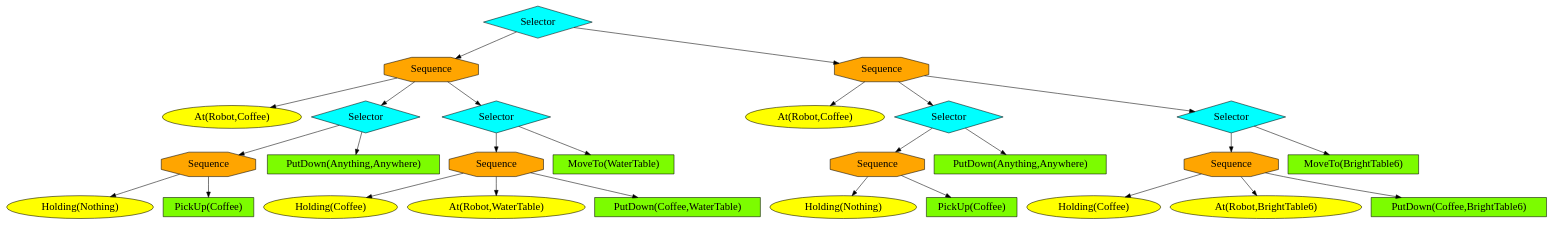
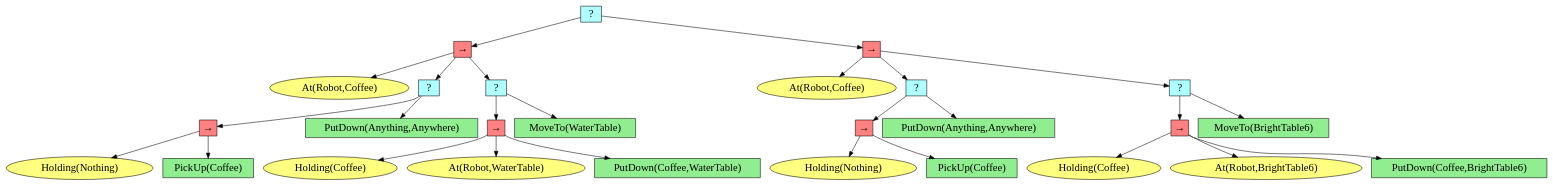
Before and after one commit to HPCL-EI/RoboWaiter: the diagram in robowaiter/utils/draw_bt/test.dot, drawn with Graphviz. The commit also changed 4 other files, not shown here.

Commit message:
修改画图

```diff
--- a/robowaiter/utils/draw_bt/test.dot
+++ b/robowaiter/utils/draw_bt/test.dot
@@ -1,59 +1,59 @@
 digraph pastafarianism {
 ordering=out;
 graph [fontname="times-roman"];
 node [fontname="times-roman"];
 edge [fontname="times-roman"];
-"c681805a-96e1-4a3d-a38d-0bfca162692b" [fillcolor=cyan, fontcolor=black, fontsize=20, height=0.01, label=Selector, shape=diamond, style=filled, width=0.01];
-"e878636e-ab91-45b3-8d25-1712a9b919ab" [fillcolor=orange, fontcolor=black, fontsize=20, height=0.01, label=Sequence, shape=octagon, style=filled, width=0.01];
-"c681805a-96e1-4a3d-a38d-0bfca162692b" -> "e878636e-ab91-45b3-8d25-1712a9b919ab";
-"e88e510b-5495-4aa1-95cd-f95b3b4e50dc" [fillcolor=yellow, fontcolor=black, fontsize=20, label="At(Robot,Coffee)", shape=ellipse, style=filled];
-"e878636e-ab91-45b3-8d25-1712a9b919ab" -> "e88e510b-5495-4aa1-95cd-f95b3b4e50dc";
-"292edbec-e8dc-44df-a80c-7dd5b6dd6692" [fillcolor=cyan, fontcolor=black, fontsize=20, height=0.01, label=Selector, shape=diamond, style=filled, width=0.01];
-"e878636e-ab91-45b3-8d25-1712a9b919ab" -> "292edbec-e8dc-44df-a80c-7dd5b6dd6692";
-"8d44bfa1-3a4e-4ae7-94bb-25d70caf0b4b" [fillcolor=orange, fontcolor=black, fontsize=20, height=0.01, label=Sequence, shape=octagon, style=filled, width=0.01];
-"292edbec-e8dc-44df-a80c-7dd5b6dd6692" -> "8d44bfa1-3a4e-4ae7-94bb-25d70caf0b4b";
-"65f29fbc-02c3-4015-98bf-e71d16a78cbb" [fillcolor=yellow, fontcolor=black, fontsize=20, label="Holding(Nothing)", shape=ellipse, style=filled];
-"8d44bfa1-3a4e-4ae7-94bb-25d70caf0b4b" -> "65f29fbc-02c3-4015-98bf-e71d16a78cbb";
-"c503211c-ab75-4671-a6ca-2f66518be485" [fillcolor=lawngreen, fontcolor=black, fontsize=20, label="PickUp(Coffee)", shape=box, style=filled];
-"8d44bfa1-3a4e-4ae7-94bb-25d70caf0b4b" -> "c503211c-ab75-4671-a6ca-2f66518be485";
-"27760c0d-aa85-437c-ac87-564d573f6d3d" [fillcolor=lawngreen, fontcolor=black, fontsize=20, label="PutDown(Anything,Anywhere)", shape=box, style=filled];
-"292edbec-e8dc-44df-a80c-7dd5b6dd6692" -> "27760c0d-aa85-437c-ac87-564d573f6d3d";
-"94f578bf-0c4b-4614-aacc-d73ca0996d2c" [fillcolor=cyan, fontcolor=black, fontsize=20, height=0.01, label=Selector, shape=diamond, style=filled, width=0.01];
-"e878636e-ab91-45b3-8d25-1712a9b919ab" -> "94f578bf-0c4b-4614-aacc-d73ca0996d2c";
-"5a162890-11de-41d8-9954-ba17ccf166c4" [fillcolor=orange, fontcolor=black, fontsize=20, height=0.01, label=Sequence, shape=octagon, style=filled, width=0.01];
-"94f578bf-0c4b-4614-aacc-d73ca0996d2c" -> "5a162890-11de-41d8-9954-ba17ccf166c4";
-"296bae80-a542-4fde-87b9-b030340caa1d" [fillcolor=yellow, fontcolor=black, fontsize=20, label="Holding(Coffee)", shape=ellipse, style=filled];
-"5a162890-11de-41d8-9954-ba17ccf166c4" -> "296bae80-a542-4fde-87b9-b030340caa1d";
-"cba60b1e-308f-4f5a-939c-28bba802bca5" [fillcolor=yellow, fontcolor=black, fontsize=20, label="At(Robot,WaterTable)", shape=ellipse, style=filled];
-"5a162890-11de-41d8-9954-ba17ccf166c4" -> "cba60b1e-308f-4f5a-939c-28bba802bca5";
-"93924025-e88f-47ec-90e4-c53bbc3df60e" [fillcolor=lawngreen, fontcolor=black, fontsize=20, label="PutDown(Coffee,WaterTable)", shape=box, style=filled];
-"5a162890-11de-41d8-9954-ba17ccf166c4" -> "93924025-e88f-47ec-90e4-c53bbc3df60e";
-"191ca7d5-a98c-429f-b040-66d210c30bdd" [fillcolor=lawngreen, fontcolor=black, fontsize=20, label="MoveTo(WaterTable)", shape=box, style=filled];
-"94f578bf-0c4b-4614-aacc-d73ca0996d2c" -> "191ca7d5-a98c-429f-b040-66d210c30bdd";
-"5461e129-ef05-4848-9107-2617c82b3566" [fillcolor=orange, fontcolor=black, fontsize=20, height=0.01, label=Sequence, shape=octagon, style=filled, width=0.01];
-"c681805a-96e1-4a3d-a38d-0bfca162692b" -> "5461e129-ef05-4848-9107-2617c82b3566";
-"fd31940a-4e40-433d-8165-c9dd302fae62" [fillcolor=yellow, fontcolor=black, fontsize=20, label="At(Robot,Coffee)", shape=ellipse, style=filled];
-"5461e129-ef05-4848-9107-2617c82b3566" -> "fd31940a-4e40-433d-8165-c9dd302fae62";
-"0a9876b0-1ff9-4f96-b7a8-8257a3928f62" [fillcolor=cyan, fontcolor=black, fontsize=20, height=0.01, label=Selector, shape=diamond, style=filled, width=0.01];
-"5461e129-ef05-4848-9107-2617c82b3566" -> "0a9876b0-1ff9-4f96-b7a8-8257a3928f62";
-"052d5a92-c6b4-483d-9cef-41745df61ff9" [fillcolor=orange, fontcolor=black, fontsize=20, height=0.01, label=Sequence, shape=octagon, style=filled, width=0.01];
-"0a9876b0-1ff9-4f96-b7a8-8257a3928f62" -> "052d5a92-c6b4-483d-9cef-41745df61ff9";
-"c8462c00-d129-4eba-a0b4-ad6a819e34e8" [fillcolor=yellow, fontcolor=black, fontsize=20, label="Holding(Nothing)", shape=ellipse, style=filled];
-"052d5a92-c6b4-483d-9cef-41745df61ff9" -> "c8462c00-d129-4eba-a0b4-ad6a819e34e8";
-"5a944a18-ea71-4cbe-a04e-675d955b1b1f" [fillcolor=lawngreen, fontcolor=black, fontsize=20, label="PickUp(Coffee)", shape=box, style=filled];
-"052d5a92-c6b4-483d-9cef-41745df61ff9" -> "5a944a18-ea71-4cbe-a04e-675d955b1b1f";
-"bfea3ed6-08c4-4fd3-9aa7-994f4be28953" [fillcolor=lawngreen, fontcolor=black, fontsize=20, label="PutDown(Anything,Anywhere)", shape=box, style=filled];
-"0a9876b0-1ff9-4f96-b7a8-8257a3928f62" -> "bfea3ed6-08c4-4fd3-9aa7-994f4be28953";
-"c719600f-4033-418f-8608-5c808481d1aa" [fillcolor=cyan, fontcolor=black, fontsize=20, height=0.01, label=Selector, shape=diamond, style=filled, width=0.01];
-"5461e129-ef05-4848-9107-2617c82b3566" -> "c719600f-4033-418f-8608-5c808481d1aa";
-"c9d1af42-f394-4c52-9e7b-32d46487c708" [fillcolor=orange, fontcolor=black, fontsize=20, height=0.01, label=Sequence, shape=octagon, style=filled, width=0.01];
-"c719600f-4033-418f-8608-5c808481d1aa" -> "c9d1af42-f394-4c52-9e7b-32d46487c708";
-"84ecc165-efa0-4747-8ce9-64bf6ac557a2" [fillcolor=yellow, fontcolor=black, fontsize=20, label="Holding(Coffee)", shape=ellipse, style=filled];
-"c9d1af42-f394-4c52-9e7b-32d46487c708" -> "84ecc165-efa0-4747-8ce9-64bf6ac557a2";
-"8d3d2c3f-1f52-4742-bb03-a02d578134de" [fillcolor=yellow, fontcolor=black, fontsize=20, label="At(Robot,BrightTable6)", shape=ellipse, style=filled];
-"c9d1af42-f394-4c52-9e7b-32d46487c708" -> "8d3d2c3f-1f52-4742-bb03-a02d578134de";
-"b5bcfc9e-f0ad-458b-ba99-19bae2fc6b12" [fillcolor=lawngreen, fontcolor=black, fontsize=20, label="PutDown(Coffee,BrightTable6)", shape=box, style=filled];
-"c9d1af42-f394-4c52-9e7b-32d46487c708" -> "b5bcfc9e-f0ad-458b-ba99-19bae2fc6b12";
-"5685125a-34f9-40cd-be0c-b7674970c01b" [fillcolor=lawngreen, fontcolor=black, fontsize=20, label="MoveTo(BrightTable6)", shape=box, style=filled];
-"c719600f-4033-418f-8608-5c808481d1aa" -> "5685125a-34f9-40cd-be0c-b7674970c01b";
+"e5aa5d5b-9169-41fc-a26d-b16b24db8215" [fillcolor="#B0FFFF", fontcolor=black, fontsize=20, height=0.01, label=" ? ", shape=box, style=filled, width=0.01];
+"cc077d7a-c074-4249-9fa9-d559c6600fbc" [fillcolor="#FF8080", fontcolor=black, fontsize=20, height=0.01, label="&rarr;", shape=box, style=filled, width=0.01];
+"e5aa5d5b-9169-41fc-a26d-b16b24db8215" -> "cc077d7a-c074-4249-9fa9-d559c6600fbc";
+"2f4be6cb-5d87-4119-a678-9245fb5e5b08" [fillcolor="#FFFF80", fontcolor=black, fontsize=20, label="At(Robot,Coffee)", shape=ellipse, style=filled];
+"cc077d7a-c074-4249-9fa9-d559c6600fbc" -> "2f4be6cb-5d87-4119-a678-9245fb5e5b08";
+"8f8c4dda-1add-4b23-8b5f-104d518ac38e" [fillcolor="#B0FFFF", fontcolor=black, fontsize=20, height=0.01, label=" ? ", shape=box, style=filled, width=0.01];
+"cc077d7a-c074-4249-9fa9-d559c6600fbc" -> "8f8c4dda-1add-4b23-8b5f-104d518ac38e";
+"0261c661-a520-434f-95a3-6d55d1fa8aff" [fillcolor="#FF8080", fontcolor=black, fontsize=20, height=0.01, label="&rarr;", shape=box, style=filled, width=0.01];
+"8f8c4dda-1add-4b23-8b5f-104d518ac38e" -> "0261c661-a520-434f-95a3-6d55d1fa8aff";
+"97e8f95e-7ec3-479e-b312-67cdf1a6873a" [fillcolor="#FFFF80", fontcolor=black, fontsize=20, label="Holding(Nothing)", shape=ellipse, style=filled];
+"0261c661-a520-434f-95a3-6d55d1fa8aff" -> "97e8f95e-7ec3-479e-b312-67cdf1a6873a";
+"2d950b58-e85c-40c0-854a-9b697982b340" [fillcolor=lightgreen, fontcolor=black, fontsize=20, label="PickUp(Coffee)", shape=box, style=filled];
+"0261c661-a520-434f-95a3-6d55d1fa8aff" -> "2d950b58-e85c-40c0-854a-9b697982b340";
+"9b20a231-db9d-4a0c-b1c4-fa01bc7948d8" [fillcolor=lightgreen, fontcolor=black, fontsize=20, label="PutDown(Anything,Anywhere)", shape=box, style=filled];
+"8f8c4dda-1add-4b23-8b5f-104d518ac38e" -> "9b20a231-db9d-4a0c-b1c4-fa01bc7948d8";
+"05b2c4df-a48e-44f9-8776-80b4c9d5a4c7" [fillcolor="#B0FFFF", fontcolor=black, fontsize=20, height=0.01, label=" ? ", shape=box, style=filled, width=0.01];
+"cc077d7a-c074-4249-9fa9-d559c6600fbc" -> "05b2c4df-a48e-44f9-8776-80b4c9d5a4c7";
+"d76fc92b-8df3-4129-a49f-9973306d4720" [fillcolor="#FF8080", fontcolor=black, fontsize=20, height=0.01, label="&rarr;", shape=box, style=filled, width=0.01];
+"05b2c4df-a48e-44f9-8776-80b4c9d5a4c7" -> "d76fc92b-8df3-4129-a49f-9973306d4720";
+"a0736935-6ac5-474c-a9fa-73dcbcc925af" [fillcolor="#FFFF80", fontcolor=black, fontsize=20, label="Holding(Coffee)", shape=ellipse, style=filled];
+"d76fc92b-8df3-4129-a49f-9973306d4720" -> "a0736935-6ac5-474c-a9fa-73dcbcc925af";
+"ec73963c-0438-4205-8cd1-985013e498aa" [fillcolor="#FFFF80", fontcolor=black, fontsize=20, label="At(Robot,WaterTable)", shape=ellipse, style=filled];
+"d76fc92b-8df3-4129-a49f-9973306d4720" -> "ec73963c-0438-4205-8cd1-985013e498aa";
+"72267a55-597b-45ea-81b1-3097e2da726a" [fillcolor=lightgreen, fontcolor=black, fontsize=20, label="PutDown(Coffee,WaterTable)", shape=box, style=filled];
+"d76fc92b-8df3-4129-a49f-9973306d4720" -> "72267a55-597b-45ea-81b1-3097e2da726a";
+"af323181-3453-4e7f-833e-ec78a917511c" [fillcolor=lightgreen, fontcolor=black, fontsize=20, label="MoveTo(WaterTable)", shape=box, style=filled];
+"05b2c4df-a48e-44f9-8776-80b4c9d5a4c7" -> "af323181-3453-4e7f-833e-ec78a917511c";
+"d332b9b3-fee1-45a4-b217-ca131574f061" [fillcolor="#FF8080", fontcolor=black, fontsize=20, height=0.01, label="&rarr;", shape=box, style=filled, width=0.01];
+"e5aa5d5b-9169-41fc-a26d-b16b24db8215" -> "d332b9b3-fee1-45a4-b217-ca131574f061";
+"cd8e4c90-2898-496a-9a59-b758d4c2b27c" [fillcolor="#FFFF80", fontcolor=black, fontsize=20, label="At(Robot,Coffee)", shape=ellipse, style=filled];
+"d332b9b3-fee1-45a4-b217-ca131574f061" -> "cd8e4c90-2898-496a-9a59-b758d4c2b27c";
+"699354b5-961f-41e0-ac17-2883820573a4" [fillcolor="#B0FFFF", fontcolor=black, fontsize=20, height=0.01, label=" ? ", shape=box, style=filled, width=0.01];
+"d332b9b3-fee1-45a4-b217-ca131574f061" -> "699354b5-961f-41e0-ac17-2883820573a4";
+"2b4ae08b-e738-4c97-93f7-711039311c56" [fillcolor="#FF8080", fontcolor=black, fontsize=20, height=0.01, label="&rarr;", shape=box, style=filled, width=0.01];
+"699354b5-961f-41e0-ac17-2883820573a4" -> "2b4ae08b-e738-4c97-93f7-711039311c56";
+"c2584464-9670-49f6-8230-a974e64c00a6" [fillcolor="#FFFF80", fontcolor=black, fontsize=20, label="Holding(Nothing)", shape=ellipse, style=filled];
+"2b4ae08b-e738-4c97-93f7-711039311c56" -> "c2584464-9670-49f6-8230-a974e64c00a6";
+"95bf87b1-b8ac-46f4-85ab-66bfefa5bf5a" [fillcolor=lightgreen, fontcolor=black, fontsize=20, label="PickUp(Coffee)", shape=box, style=filled];
+"2b4ae08b-e738-4c97-93f7-711039311c56" -> "95bf87b1-b8ac-46f4-85ab-66bfefa5bf5a";
+"9b2ce40c-3232-421c-9eb6-6dbc866e3ba2" [fillcolor=lightgreen, fontcolor=black, fontsize=20, label="PutDown(Anything,Anywhere)", shape=box, style=filled];
+"699354b5-961f-41e0-ac17-2883820573a4" -> "9b2ce40c-3232-421c-9eb6-6dbc866e3ba2";
+"5f275a1f-dbae-4696-b79f-d6c96d3bd546" [fillcolor="#B0FFFF", fontcolor=black, fontsize=20, height=0.01, label=" ? ", shape=box, style=filled, width=0.01];
+"d332b9b3-fee1-45a4-b217-ca131574f061" -> "5f275a1f-dbae-4696-b79f-d6c96d3bd546";
+"a7bd72b9-0f63-457f-9e05-67ca8a26f89e" [fillcolor="#FF8080", fontcolor=black, fontsize=20, height=0.01, label="&rarr;", shape=box, style=filled, width=0.01];
+"5f275a1f-dbae-4696-b79f-d6c96d3bd546" -> "a7bd72b9-0f63-457f-9e05-67ca8a26f89e";
+"e9accfe2-5d94-4223-803a-eb5d89e50bf0" [fillcolor="#FFFF80", fontcolor=black, fontsize=20, label="Holding(Coffee)", shape=ellipse, style=filled];
+"a7bd72b9-0f63-457f-9e05-67ca8a26f89e" -> "e9accfe2-5d94-4223-803a-eb5d89e50bf0";
+"317f4bb8-4bb7-447d-a289-a9a11b79c6ec" [fillcolor="#FFFF80", fontcolor=black, fontsize=20, label="At(Robot,BrightTable6)", shape=ellipse, style=filled];
+"a7bd72b9-0f63-457f-9e05-67ca8a26f89e" -> "317f4bb8-4bb7-447d-a289-a9a11b79c6ec";
+"065858de-2a4c-47fd-84e2-a492dc338a9f" [fillcolor=lightgreen, fontcolor=black, fontsize=20, label="PutDown(Coffee,BrightTable6)", shape=box, style=filled];
+"a7bd72b9-0f63-457f-9e05-67ca8a26f89e" -> "065858de-2a4c-47fd-84e2-a492dc338a9f";
+"9e9b5ae5-5a89-4263-b523-06fe03a01009" [fillcolor=lightgreen, fontcolor=black, fontsize=20, label="MoveTo(BrightTable6)", shape=box, style=filled];
+"5f275a1f-dbae-4696-b79f-d6c96d3bd546" -> "9e9b5ae5-5a89-4263-b523-06fe03a01009";
 }
```
